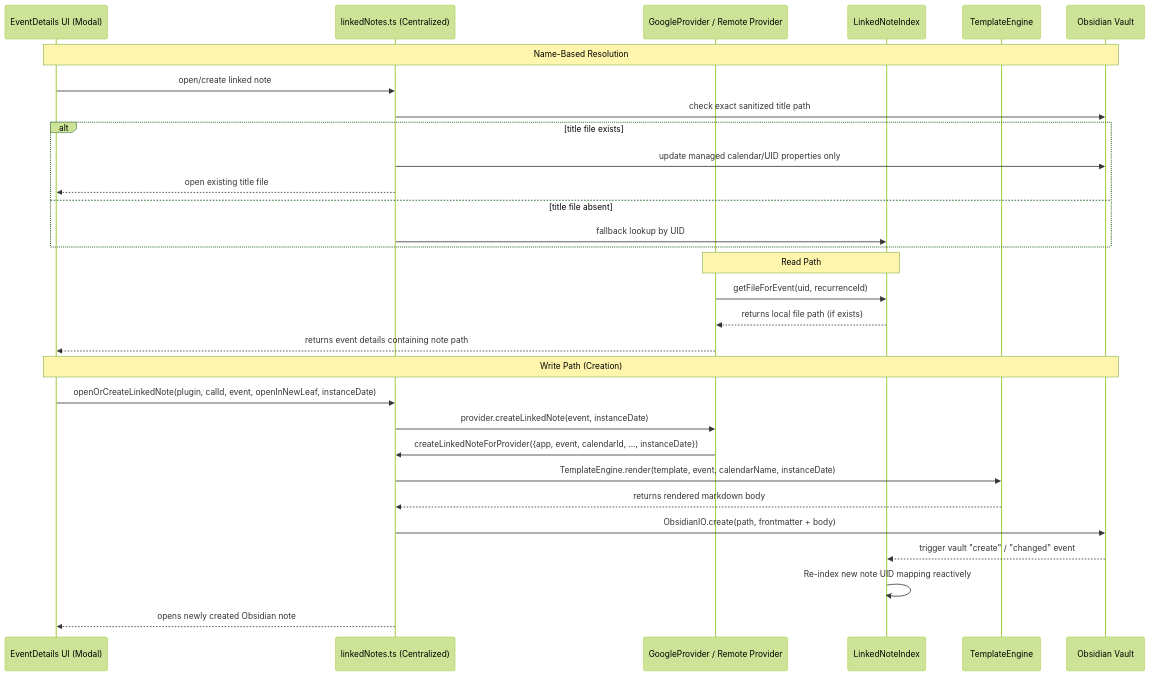
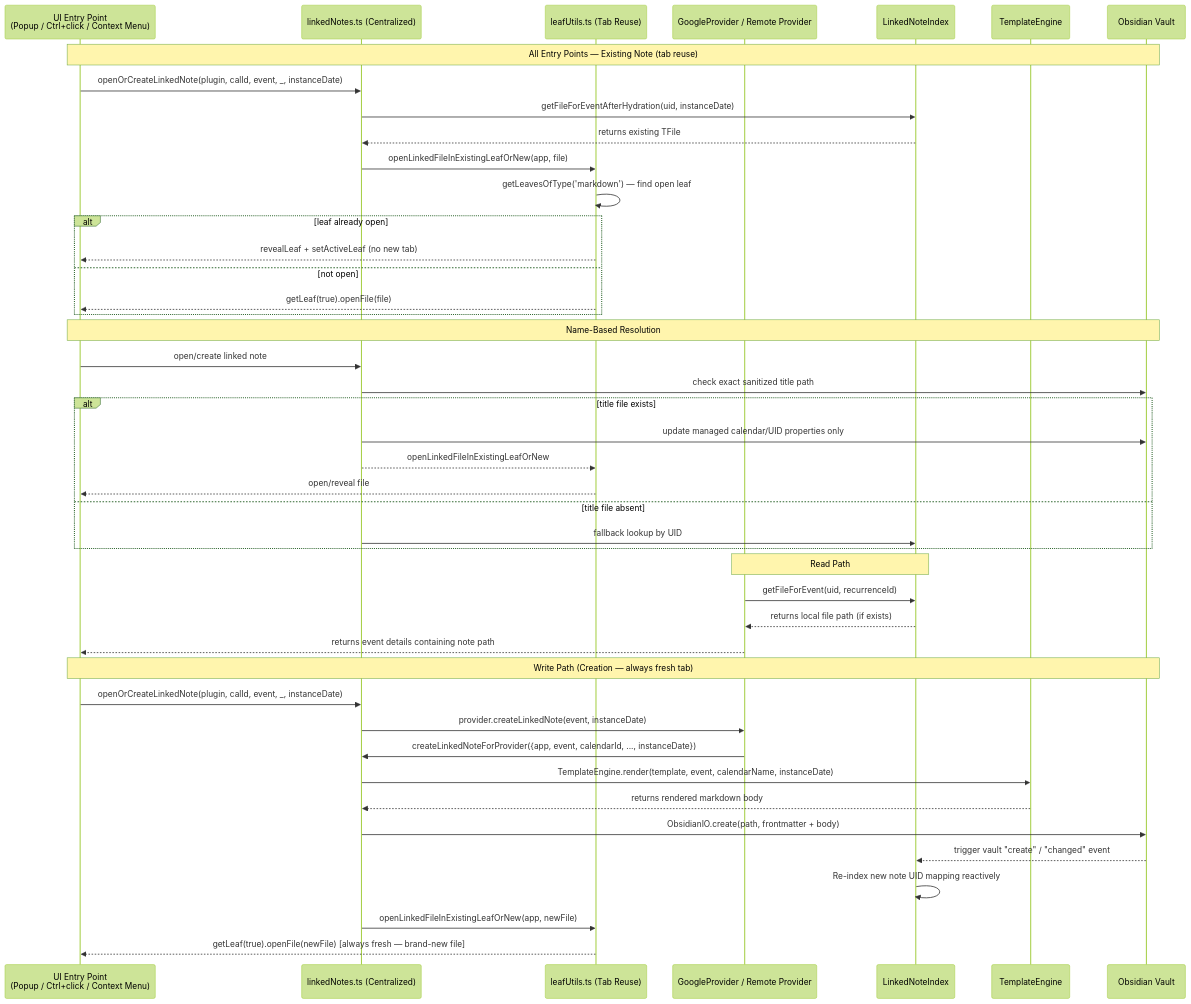
Before and after one commit to obsidian-full-calendar-remastered/plugin-full-calendar: the diagram in docs/architecture/system/features/event-linked-notes.md, drawn with Mermaid (forest theme). The commit also changed other lines of this file and 14 other files, not shown here.

First line of the commit message:
feat(linked-notes): open-or-create via Ctrl/Cmd+click, context menu, and tab reuse (#333)

````diff
--- a/docs/architecture/system/features/event-linked-notes.md
+++ b/docs/architecture/system/features/event-linked-notes.md
@@ -97,35 +101,50 @@
 ```mermaid
 sequenceDiagram
-    participant UI as EventDetails UI (Modal)
+    participant UI as UI Entry Point<br/>(Popup / Ctrl+click / Context Menu)
     participant LN as linkedNotes.ts (Centralized)
+    participant LF as leafUtils.ts (Tab Reuse)
     participant GP as GoogleProvider / Remote Provider
     participant LNI as LinkedNoteIndex
     participant TE as TemplateEngine
     participant V as Obsidian Vault
+
+    Note over UI,V: All Entry Points — Existing Note (tab reuse)
+    UI->>LN: openOrCreateLinkedNote(plugin, calId, event, _, instanceDate)
+    LN->>LNI: getFileForEventAfterHydration(uid, instanceDate)
+    LNI-->>LN: returns existing TFile
+    LN->>LF: openLinkedFileInExistingLeafOrNew(app, file)
+    LF->>LF: getLeavesOfType('markdown') — find open leaf
+    alt leaf already open
+        LF-->>UI: revealLeaf + setActiveLeaf (no new tab)
+    else not open
+        LF-->>UI: getLeaf(true).openFile(file)
+    end
 
     Note over UI,V: Name-Based Resolution
     UI->>LN: open/create linked note
     LN->>V: check exact sanitized title path
     alt title file exists
         LN->>V: update managed calendar/UID properties only
-        LN-->>UI: open existing title file
+        LN-->>LF: openLinkedFileInExistingLeafOrNew
+        LF-->>UI: open/reveal file
     else title file absent
         LN->>LNI: fallback lookup by UID
     end
 
     Note over GP,LNI: Read Path
     GP->>LNI: getFileForEvent(uid, recurrenceId)
     LNI-->>GP: returns local file path (if exists)
     GP-->>UI: returns event details containing note path
 
-    Note over UI,V: Write Path (Creation)
-    UI->>LN: openOrCreateLinkedNote(plugin, calId, event, openInNewLeaf, instanceDate)
+    Note over UI,V: Write Path (Creation — always fresh tab)
+    UI->>LN: openOrCreateLinkedNote(plugin, calId, event, _, instanceDate)
     LN->>GP: provider.createLinkedNote(event, instanceDate)
     GP->>LN: createLinkedNoteForProvider({app, event, calendarId, ..., instanceDate})
     LN->>TE: TemplateEngine.render(template, event, calendarName, instanceDate)
     TE-->>LN: returns rendered markdown body
     LN->>V: ObsidianIO.create(path, frontmatter + body)
     V-->>LNI: trigger vault "create" / "changed" event
     LNI->>LNI: Re-index new note UID mapping reactively
-    LN-->>UI: opens newly created Obsidian note
+    LN->>LF: openLinkedFileInExistingLeafOrNew(app, newFile)
+    LF-->>UI: getLeaf(true).openFile(newFile)  [always fresh — brand-new file]
 ```
````
